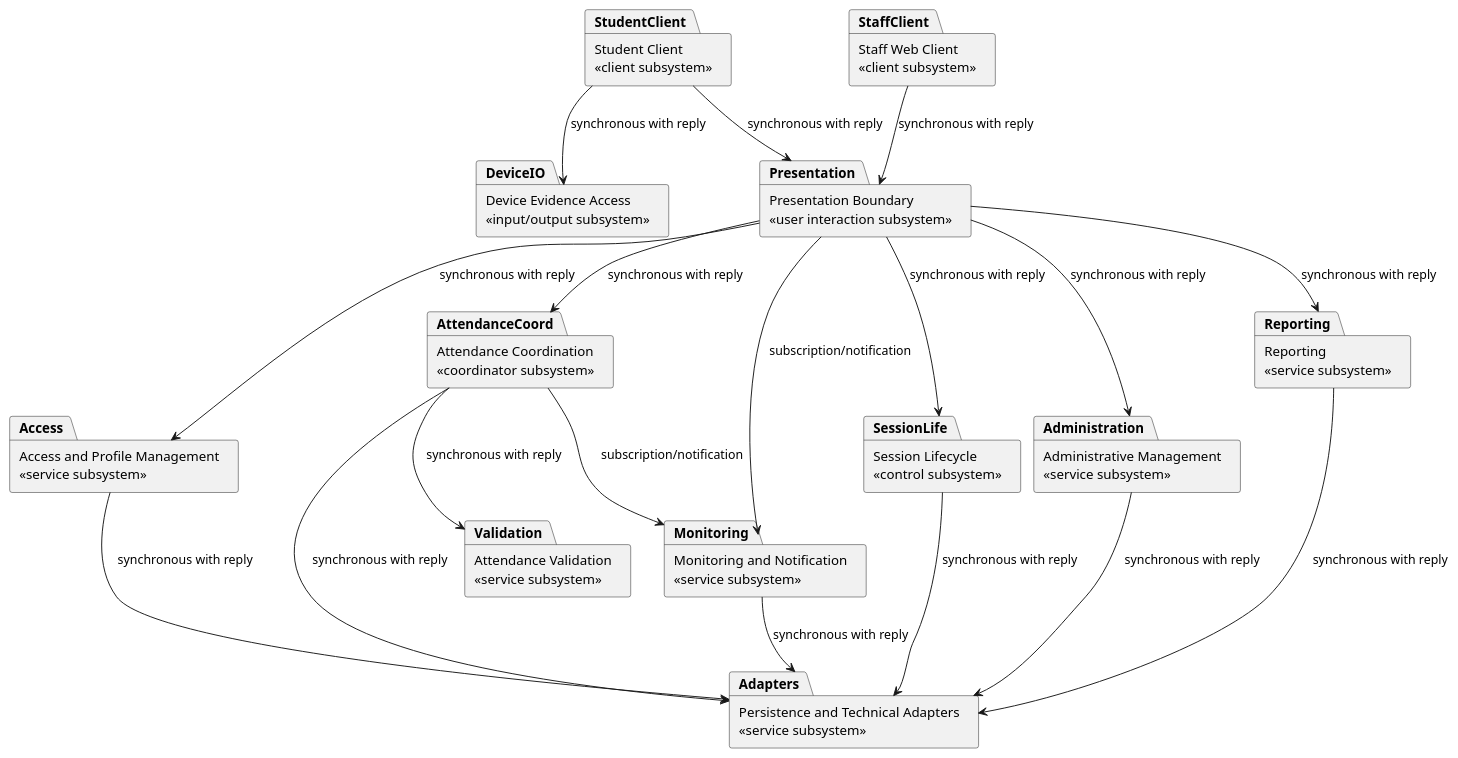
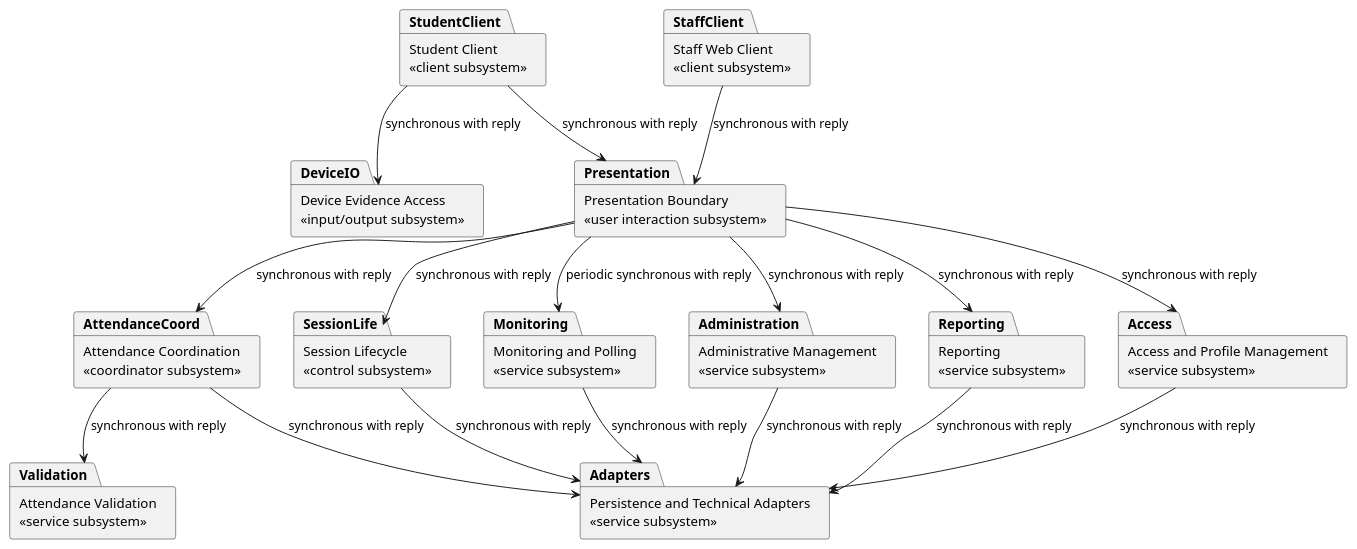
Before and after one commit to nttung42/SWD392: the second of 7 diagrams in docs/rds/3_Design.md, drawn with PlantUML. The commit also changed other lines of this file, not shown here.

````diff
--- a/docs/rds/3_Design.md
+++ b/docs/rds/3_Design.md
@@ -184,37 +189,36 @@
 ```plantuml
 @startuml
 skinparam style strictuml
 
 package "Student Client\n«client subsystem»" as StudentClient
 package "Staff Web Client\n«client subsystem»" as StaffClient
 package "Device Evidence Access\n«input/output subsystem»" as DeviceIO
 
 package "Presentation Boundary\n«user interaction subsystem»" as Presentation
 package "Access and Profile Management\n«service subsystem»" as Access
 package "Attendance Coordination\n«coordinator subsystem»" as AttendanceCoord
 package "Attendance Validation\n«service subsystem»" as Validation
 package "Session Lifecycle\n«control subsystem»" as SessionLife
-package "Monitoring and Notification\n«service subsystem»" as Monitoring
+package "Monitoring and Polling\n«service subsystem»" as Monitoring
 package "Administrative Management\n«service subsystem»" as Administration
 package "Reporting\n«service subsystem»" as Reporting
 package "Persistence and Technical Adapters\n«service subsystem»" as Adapters
 
 StudentClient --> DeviceIO : synchronous with reply
 StudentClient --> Presentation : synchronous with reply
 StaffClient --> Presentation : synchronous with reply
 Presentation --> Access : synchronous with reply
 Presentation --> AttendanceCoord : synchronous with reply
 Presentation --> SessionLife : synchronous with reply
-Presentation --> Monitoring : subscription/notification
+Presentation --> Monitoring : periodic synchronous with reply
 Presentation --> Administration : synchronous with reply
 Presentation --> Reporting : synchronous with reply
 AttendanceCoord --> Validation : synchronous with reply
-AttendanceCoord --> Monitoring : subscription/notification
 AttendanceCoord --> Adapters : synchronous with reply
 SessionLife --> Adapters : synchronous with reply
 Monitoring --> Adapters : synchronous with reply
 Administration --> Adapters : synchronous with reply
 Reporting --> Adapters : synchronous with reply
 Access --> Adapters : synchronous with reply
 @enduml
 ```
````
